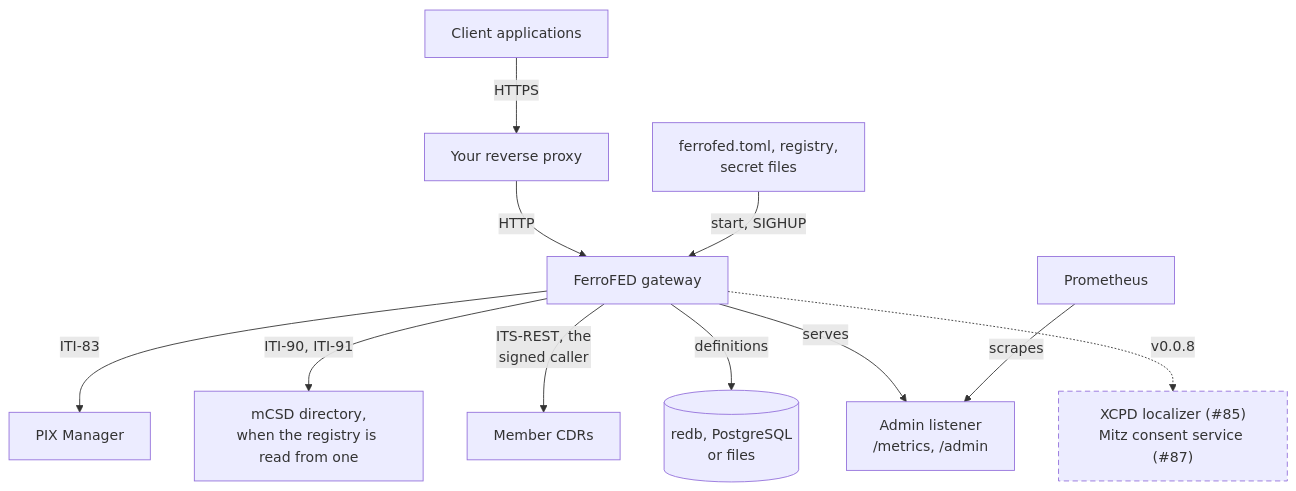
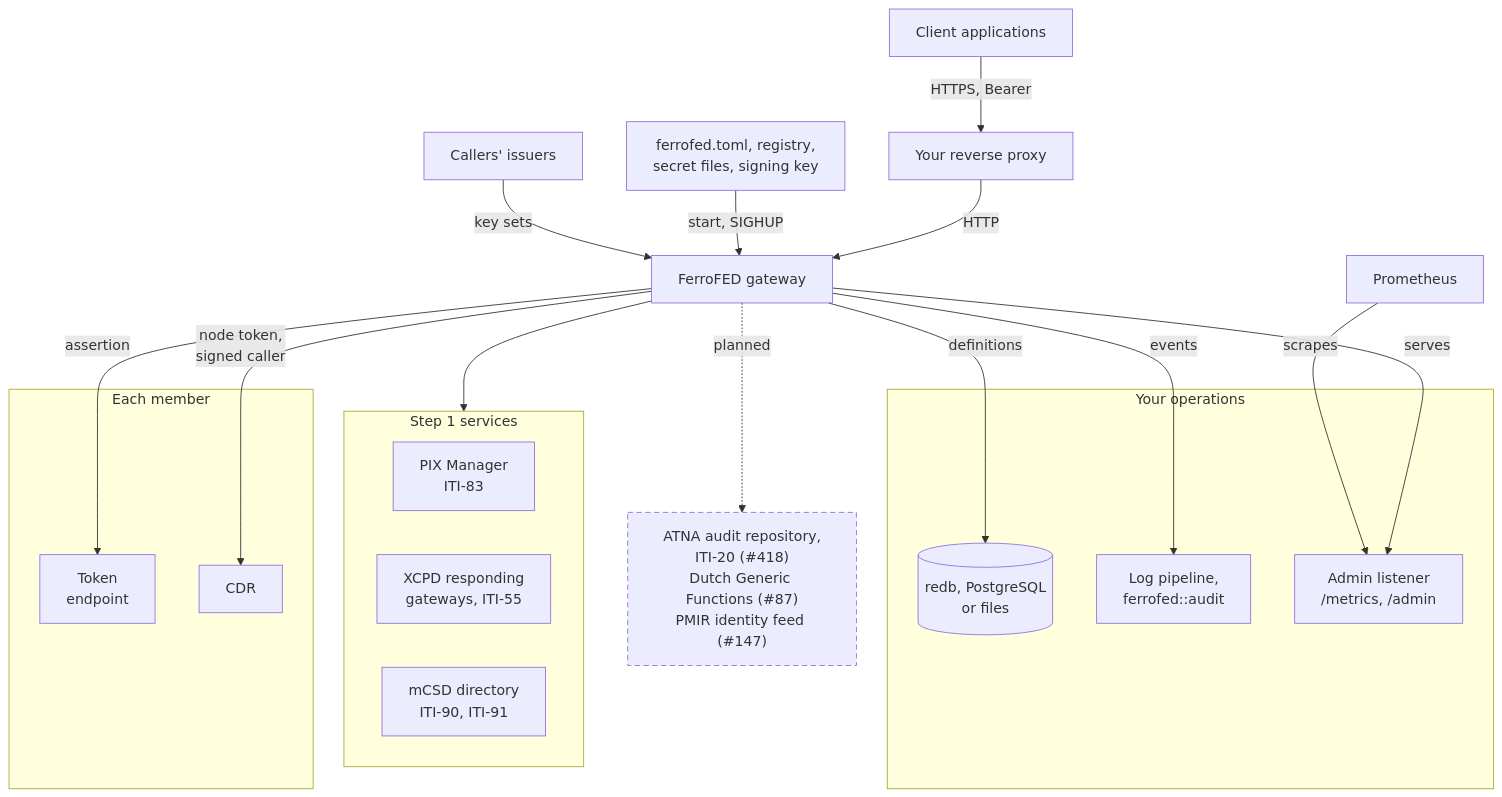
The second of 3 diagrams in website/book/src/how-it-works/deployment.md (FerroHEALTH/FerroFED), drawn with Mermaid before and after one commit. The commit also changed other lines of this file and 11 other files, not shown here.

````diff
--- a/website/book/src/how-it-works/deployment.md
+++ b/website/book/src/how-it-works/deployment.md
@@ -56,14 +61,30 @@
 ```mermaid
 flowchart TB
     classDef planned stroke-dasharray: 6 4
-    clients["Client applications"] -->|"HTTPS"| proxy["Your reverse proxy"]
+    clients["Client applications"] -->|"HTTPS, Bearer"| proxy["Your reverse proxy"]
     proxy -->|"HTTP"| gw["FerroFED gateway"]
-    cfg["ferrofed.toml, registry,<br/>secret files"] -->|"start, SIGHUP"| gw
-    gw -->|"ITI-83"| pix["PIX Manager"]
-    gw -->|"ITI-90, ITI-91"| mcsd["mCSD directory,<br/>when the registry is read from one"]
-    gw -->|"ITS-REST, the<br/>signed caller"| nodes["Member CDRs"]
-    gw -->|"definitions"| store[("redb, PostgreSQL<br/>or files")]
-    gw -->|"serves"| admin["Admin listener<br/>/metrics, /admin"]
+    cfg["ferrofed.toml, registry,<br/>secret files, signing key"] -->|"start, SIGHUP"| gw
+    issuers["Callers' issuers"] -->|"key sets"| gw
+    subgraph identity["Step 1 services"]
+        pix["PIX Manager<br/>ITI-83"]
+        xcpd["XCPD responding<br/>gateways, ITI-55"]
+        mcsd["mCSD directory<br/>ITI-90, ITI-91"]
+    end
+    subgraph member["Each member"]
+        tok["Token<br/>endpoint"]
+        cdr["CDR"]
+    end
+    subgraph ops["Your operations"]
+        store[("redb, PostgreSQL<br/>or files")]
+        logs["Log pipeline,<br/>ferrofed::audit"]
+        admin["Admin listener<br/>/metrics, /admin"]
+    end
+    gw --> identity
+    gw -->|"assertion"| tok
+    gw -->|"node token,<br/>signed caller"| cdr
+    gw -->|"definitions"| store
+    gw -->|"events"| logs
+    gw -->|"serves"| admin
     prom["Prometheus"] -->|"scrapes"| admin
-    gw -.->|"v0.0.8"| planned["XCPD localizer (#85)<br/>Mitz consent service (#87)"]:::planned
+    gw -.->|"planned"| planned["ATNA audit repository,<br/>ITI-20 (#418)<br/>Dutch Generic Functions (#87)<br/>PMIR identity feed (#147)"]:::planned
 ```
````
